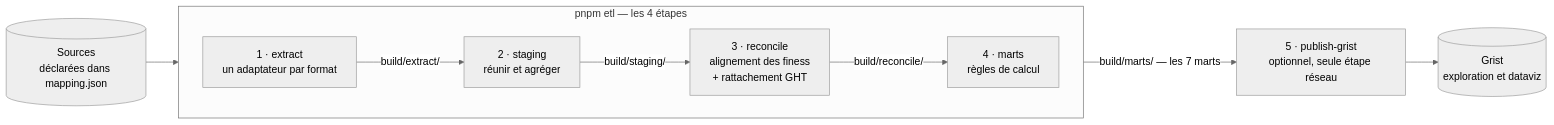
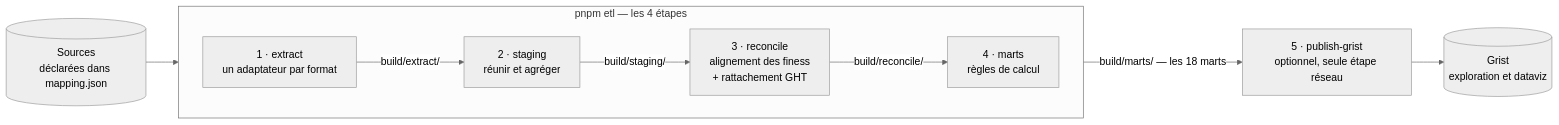
The diagram in apps/data-analyzer/README.md (betagouv/transport-sanitaire), drawn with Mermaid (neutral theme) before and after one commit. The commit also changed other lines of this file and 30 other files, not shown here.

First line of the commit message:
feat(data-analyzer): détaille les marts par plateforme et publie un document par cible (#101)

````diff
--- a/apps/data-analyzer/README.md
+++ b/apps/data-analyzer/README.md
@@ -19,19 +19,19 @@
 ```mermaid
 flowchart LR
     SRC[("Sources<br/>déclarées dans mapping.json")]
 
     subgraph ETL["pnpm etl — les 4 étapes"]
         direction LR
         E["1 · extract<br/>un adaptateur par format"]
         S["2 · staging<br/>réunir et agréger"]
         R["3 · reconcile<br/>alignement des finess<br/>+ rattachement GHT"]
         M["4 · marts<br/>règles de calcul"]
         E -->|"build/extract/"| S -->|"build/staging/"| R -->|"build/reconcile/"| M
     end
 
     P["5 · publish-grist<br/>optionnel, seule étape réseau"]
     G[("Grist<br/>exploration et dataviz")]
 
     SRC --> E
-    M -->|"build/marts/ — les 7 marts"| P --> G
+    M -->|"build/marts/ — les 18 marts"| P --> G
 ```
````
